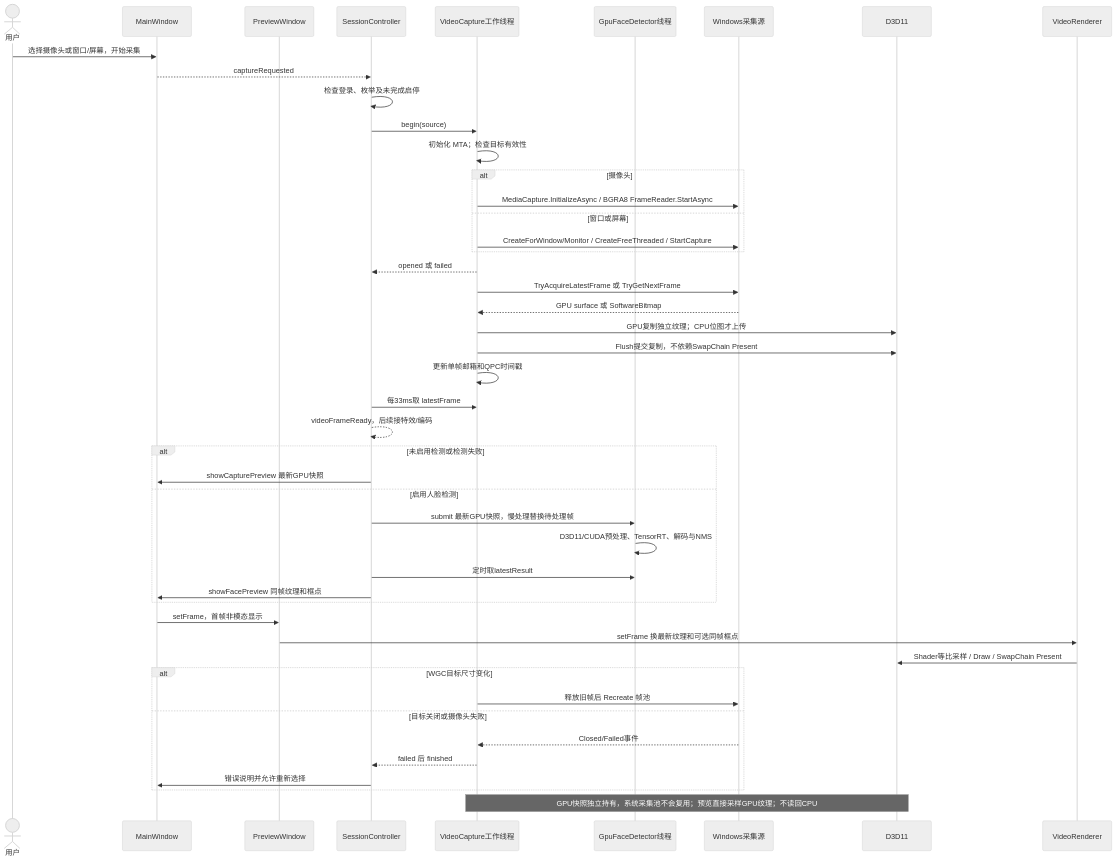
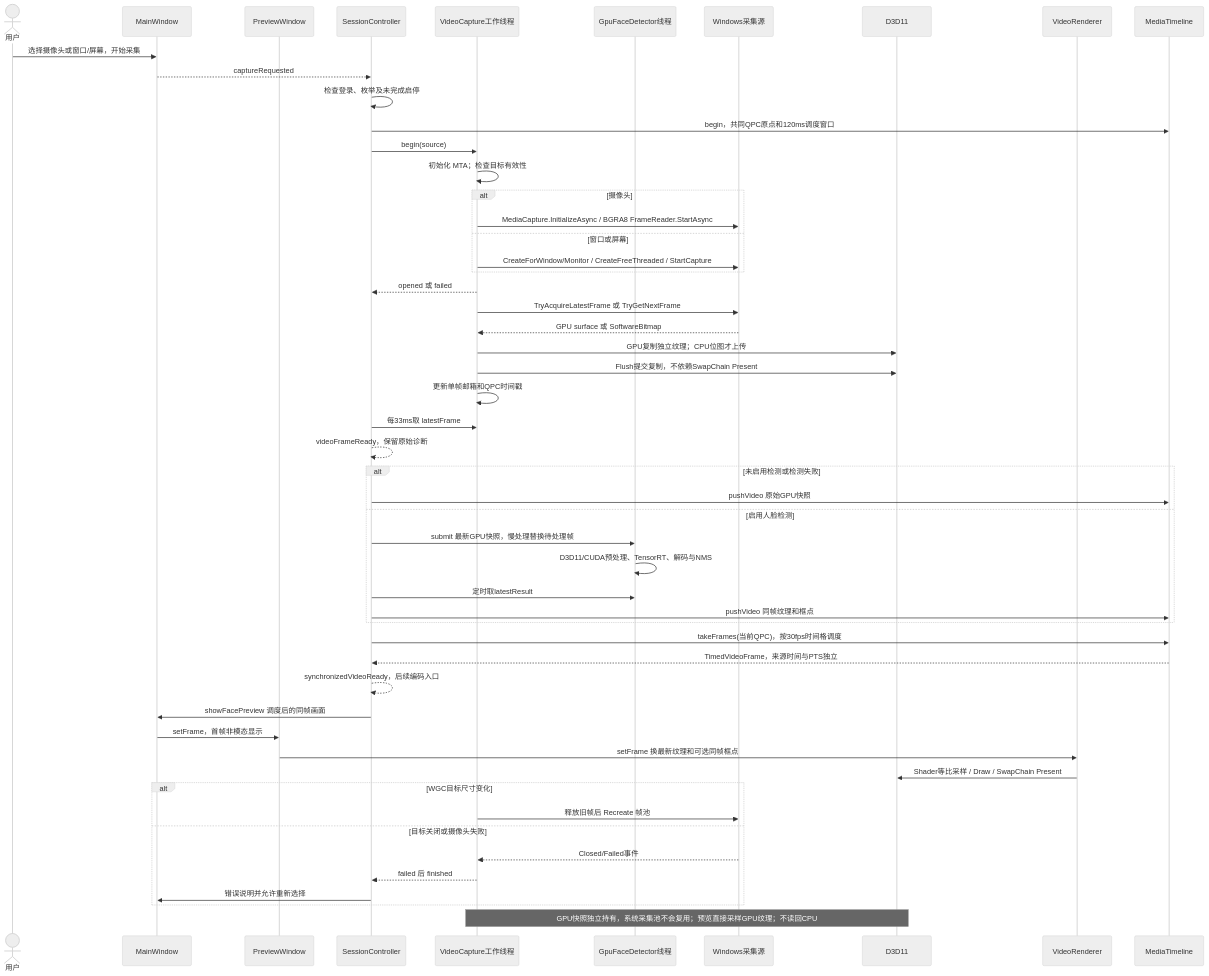
The diagram in docs/uml/capture-video.mmd (kingsman-svg/OBS), drawn with Mermaid (neutral theme) before and after one commit. The commit also changed 35 other files, not shown here.

```diff
--- a/docs/uml/capture-video.mmd
+++ b/docs/uml/capture-video.mmd
@@ -1,47 +1,53 @@
 sequenceDiagram
 actor U as 用户
 participant V as MainWindow
 participant P as PreviewWindow
 participant C as SessionController
 participant W as VideoCapture工作线程
 participant F as GpuFaceDetector线程
 participant S as Windows采集源
 participant G as D3D11
 participant R as VideoRenderer
+participant T as MediaTimeline
 U->>V: 选择摄像头或窗口/屏幕，开始采集
 V-->>C: captureRequested
 C->>C: 检查登录、枚举及未完成启停
+C->>T: begin，共同QPC原点和120ms调度窗口
 C->>W: begin(source)
 W->>W: 初始化 MTA；检查目标有效性
 alt 摄像头
 W->>S: MediaCapture.InitializeAsync / BGRA8 FrameReader.StartAsync
 else 窗口或屏幕
 W->>S: CreateForWindow/Monitor / CreateFreeThreaded / StartCapture
 end
 W-->>C: opened 或 failed
 W->>S: TryAcquireLatestFrame 或 TryGetNextFrame
 S-->>W: GPU surface 或 SoftwareBitmap
 W->>G: GPU复制独立纹理；CPU位图才上传
 W->>G: Flush提交复制，不依赖SwapChain Present
 W->>W: 更新单帧邮箱和QPC时间戳
 C->>W: 每33ms取 latestFrame
-C-->>C: videoFrameReady，后续接特效/编码
+C-->>C: videoFrameReady，保留原始诊断
 alt 未启用检测或检测失败
-C->>V: showCapturePreview 最新GPU快照
+C->>T: pushVideo 原始GPU快照
 else 启用人脸检测
 C->>F: submit 最新GPU快照，慢处理替换待处理帧
 F->>F: D3D11/CUDA预处理、TensorRT、解码与NMS
 C->>F: 定时取latestResult
-C->>V: showFacePreview 同帧纹理和框点
+C->>T: pushVideo 同帧纹理和框点
 end
+C->>T: takeFrames(当前QPC)，按30fps时间格调度
+T-->>C: TimedVideoFrame，来源时间与PTS独立
+C-->>C: synchronizedVideoReady，后续编码入口
+C->>V: showFacePreview 调度后的同帧画面
 V->>P: setFrame，首帧非模态显示
 P->>R: setFrame 换最新纹理和可选同帧框点
 R->>G: Shader等比采样 / Draw / SwapChain Present
 alt WGC目标尺寸变化
 W->>S: 释放旧帧后 Recreate 帧池
 else 目标关闭或摄像头失败
 S-->>W: Closed/Failed事件
 W-->>C: failed 后 finished
 C->>V: 错误说明并允许重新选择
 end
 Note over W,G: GPU快照独立持有，系统采集池不会复用；预览直接采样GPU纹理；不读回CPU
```
